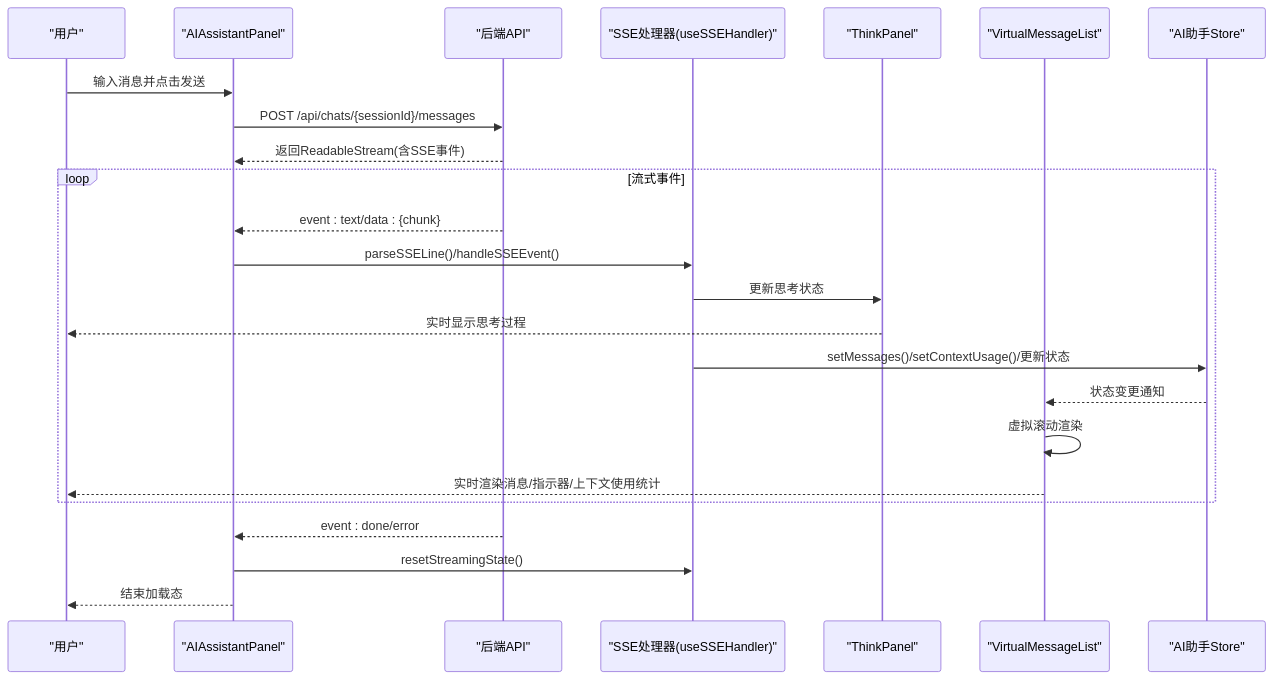
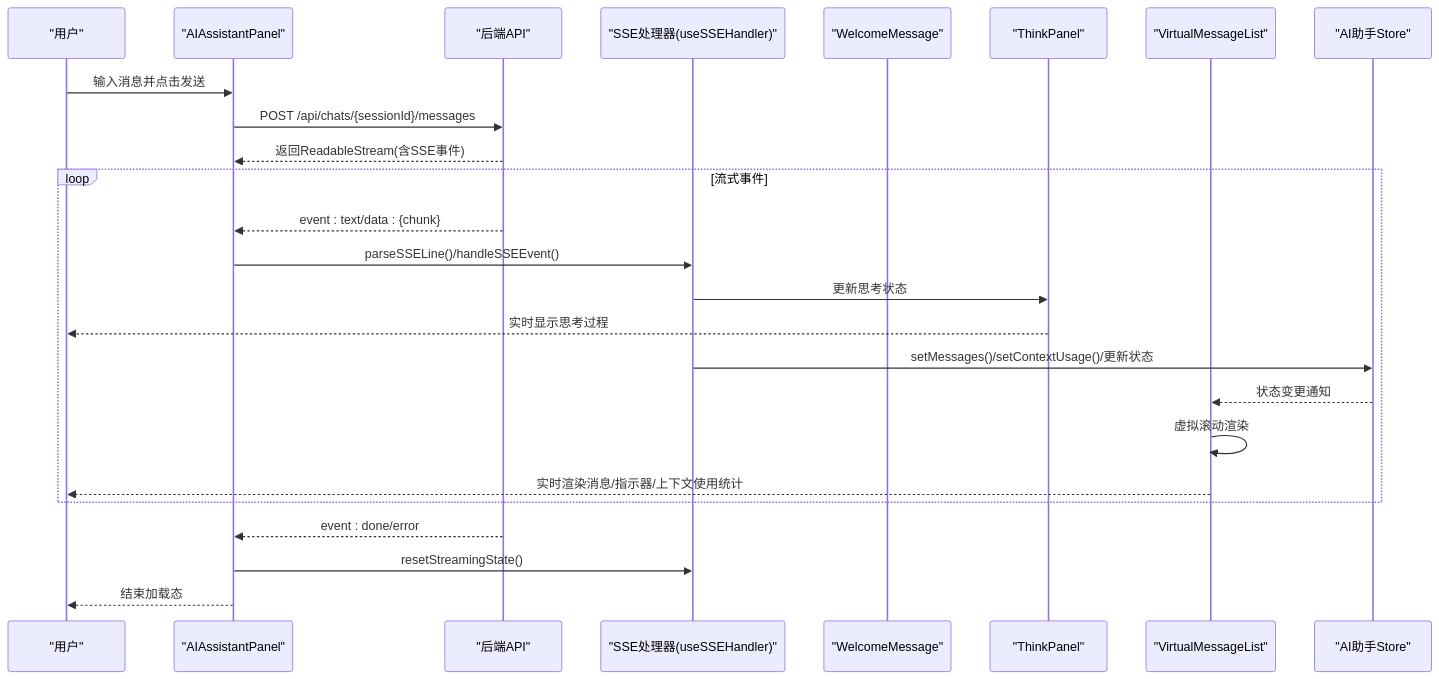
One commit to KunLabAI/KunFlix changed the second of 5 diagrams in .qoder/repowiki/zh/content/前端应用架构/UI组件库/AI助手组件/AI助手组件.md. Above: the diagram before and after it, drawn with Mermaid. The commit also changed other lines of this file and 20 other files, not shown here.

````diff
--- a/.qoder/repowiki/zh/content/前端应用架构/UI组件库/AI助手组件/AI助手组件.md
+++ b/.qoder/repowiki/zh/content/前端应用架构/UI组件库/AI助手组件/AI助手组件.md
@@ -204,26 +217,27 @@
 ```mermaid
 sequenceDiagram
 participant U as "用户"
 participant P as "AIAssistantPanel"
 participant API as "后端API"
 participant SSE as "SSE处理器(useSSEHandler)"
+participant WM as "WelcomeMessage"
 participant TP as "ThinkPanel"
 participant VML as "VirtualMessageList"
 participant S as "AI助手Store"
 U->>P : 输入消息并点击发送
 P->>API : POST /api/chats/{sessionId}/messages
 API-->>P : 返回ReadableStream(含SSE事件)
 loop 流式事件
 API-->>P : event : text/data : {chunk}
 P->>SSE : parseSSELine()/handleSSEEvent()
 SSE->>TP : 更新思考状态
 TP-->>U : 实时显示思考过程
 SSE->>S : setMessages()/setContextUsage()/更新状态
 S-->>VML : 状态变更通知
 VML->>VML : 虚拟滚动渲染
 VML-->>U : 实时渲染消息/指示器/上下文使用统计
 end
 API-->>P : event : done/error
 P->>SSE : resetStreamingState()
 P-->>U : 结束加载态
 ```
````
